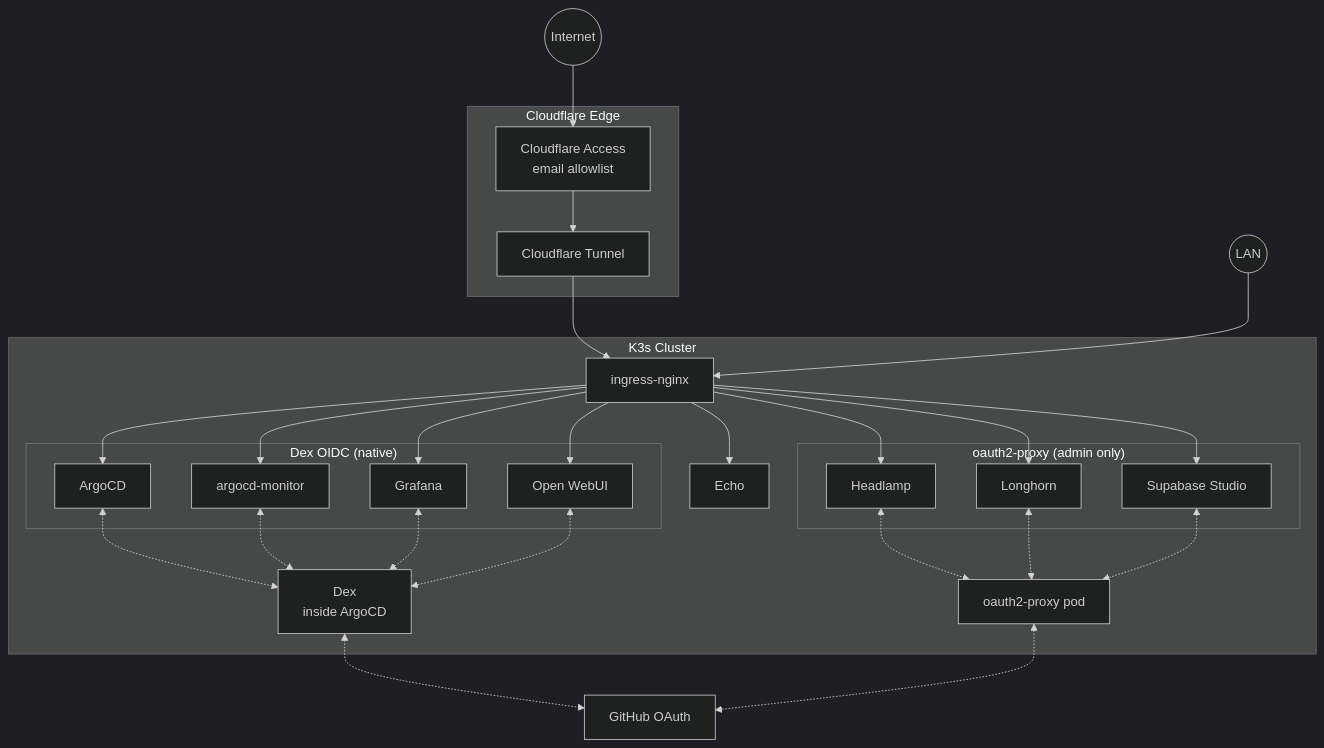
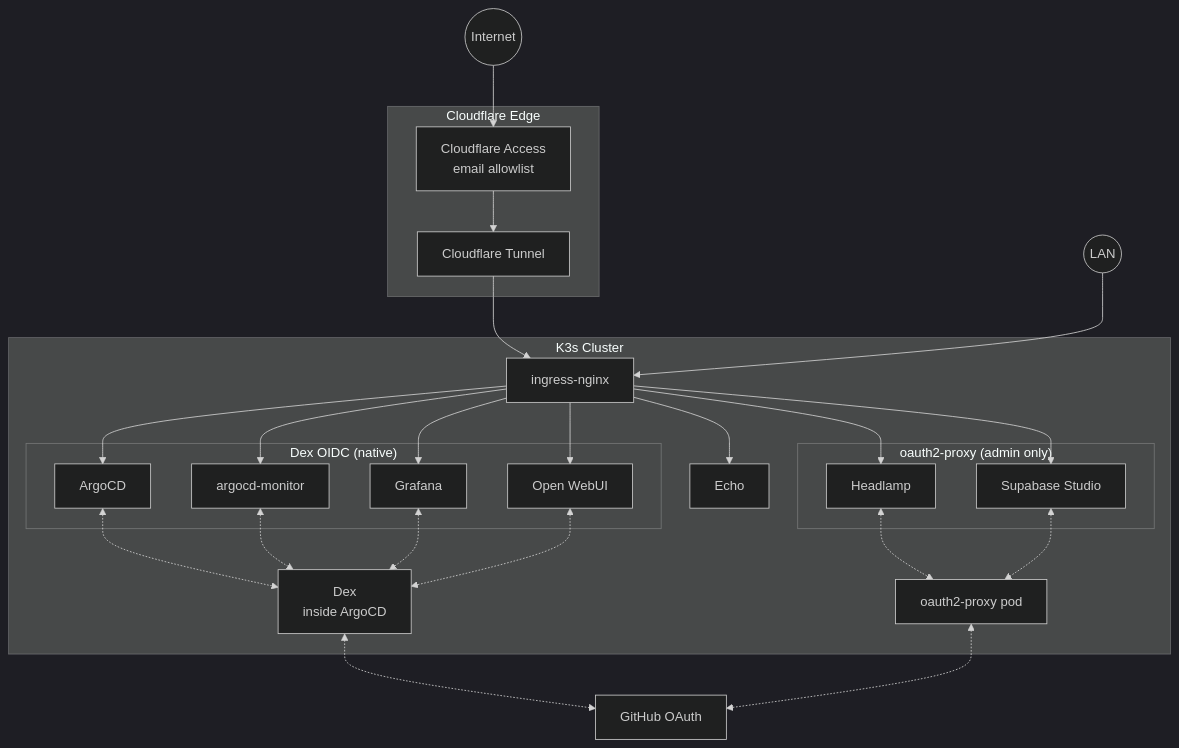
The sixth of 6 diagrams in docs/explanations/authentication.md (gilesknap/tpi-k3s-ansible), drawn with Mermaid (dark theme) before and after one commit. The commit also changed other lines of this file and 22 other files, not shown here.

````diff
--- a/docs/explanations/authentication.md
+++ b/docs/explanations/authentication.md
@@ -243,59 +242,56 @@
 ```{mermaid}
 flowchart TB
     Internet((Internet))
     LAN((LAN))
 
     subgraph Cloudflare["Cloudflare Edge"]
         CFA[Cloudflare Access<br/>email allowlist]
         CFT[Cloudflare Tunnel]
     end
 
     subgraph Cluster["K3s Cluster"]
         NGINX[ingress-nginx]
 
         subgraph DexAuth["Dex OIDC (native)"]
             ArgoCD
             Monitor[argocd-monitor]
             Grafana
             OpenWebUI[Open WebUI]
         end
 
         Headlamp
 
         subgraph ProxyAuth["oauth2-proxy (admin only)"]
             Headlamp
-            Longhorn
             Supabase[Supabase Studio]
         end
 
         Echo
 
         OAP[oauth2-proxy pod]
         DexPod[Dex<br/>inside ArgoCD]
     end
 
     GH[GitHub OAuth]
 
     Internet --> CFA --> CFT --> NGINX
     LAN --> NGINX
 
     NGINX --> ArgoCD
     NGINX --> Monitor
     NGINX --> Grafana
     NGINX --> OpenWebUI
     NGINX --> Headlamp
-    NGINX --> Longhorn
     NGINX --> Supabase
     NGINX --> Echo
 
     ArgoCD <-.-> DexPod
     Monitor <-.-> DexPod
     Grafana <-.-> DexPod
     OpenWebUI <-.-> DexPod
     Headlamp <-.-> OAP
-    Longhorn <-.-> OAP
     Supabase <-.-> OAP
 
     DexPod <-.-> GH
     OAP <-.-> GH
 ```
````
